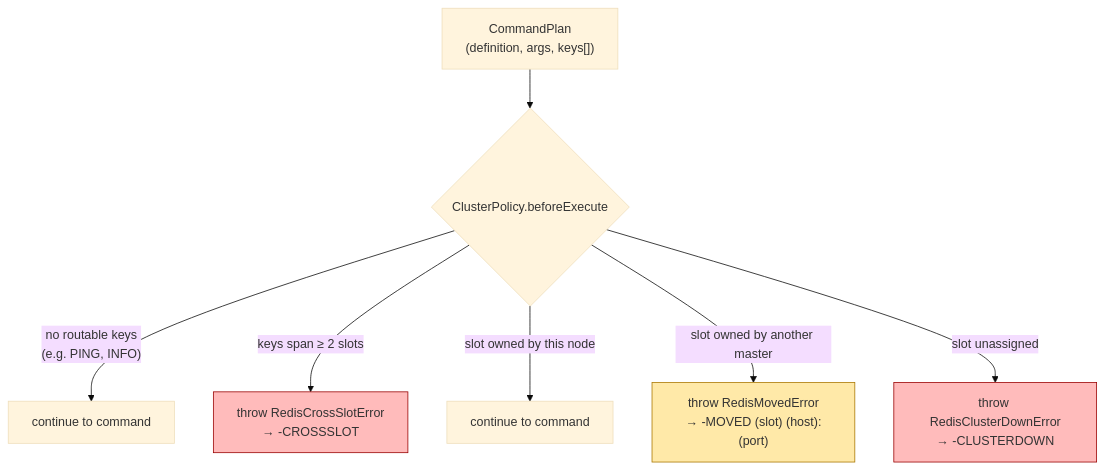
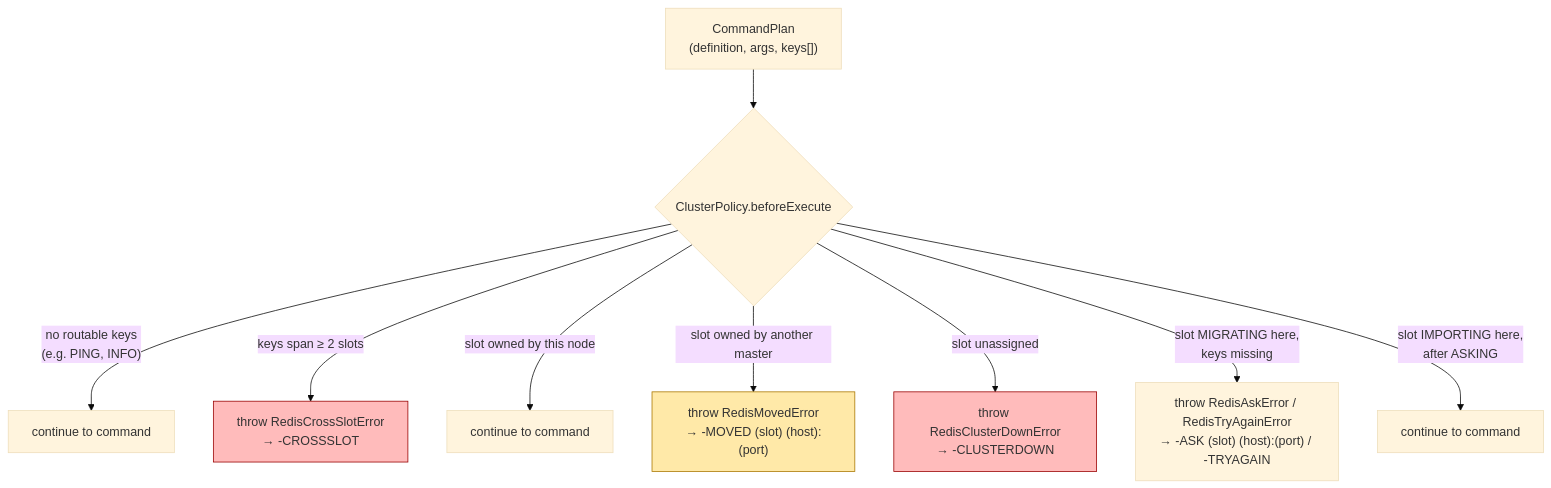
One commit to fatal10110/js-redis-server changed the fifth of 6 diagrams in docs/ARCHITECTURE.md. Above: the diagram before and after it, drawn with Mermaid (base theme). The commit also changed other lines of this file and 28 other files, not shown here.

First line of the commit message:
feat: cluster slot migration, ASK / TRYAGAIN and ASKING (#85, #616) (#669)

````diff
--- a/docs/ARCHITECTURE.md
+++ b/docs/ARCHITECTURE.md
@@ -303,13 +303,15 @@
 ```mermaid
 flowchart TD
     P["CommandPlan<br/>(definition, args, keys[])"] --> CP{ClusterPolicy.beforeExecute}
     CP -->|"no routable keys<br/>(e.g. PING, INFO)"| OK1[continue to command]
     CP -->|"keys span ≥ 2 slots"| XS["throw RedisCrossSlotError<br/>→ -CROSSSLOT"]
     CP -->|"slot owned by this node"| OK2[continue to command]
     CP -->|"slot owned by another master"| MV["throw RedisMovedError<br/>→ -MOVED (slot) (host):(port)"]
     CP -->|"slot unassigned"| DN["throw RedisClusterDownError<br/>→ -CLUSTERDOWN"]
+    CP -->|"slot MIGRATING here,<br/>keys missing"| ASK["throw RedisAskError / RedisTryAgainError<br/>→ -ASK (slot) (host):(port) / -TRYAGAIN"]
+    CP -->|"slot IMPORTING here,<br/>after ASKING"| OK3[continue to command]
 
     style XS fill:#fbb,stroke:#900
     style MV fill:#ffe9a8,stroke:#a70
     style DN fill:#fbb,stroke:#900
 ```
````
